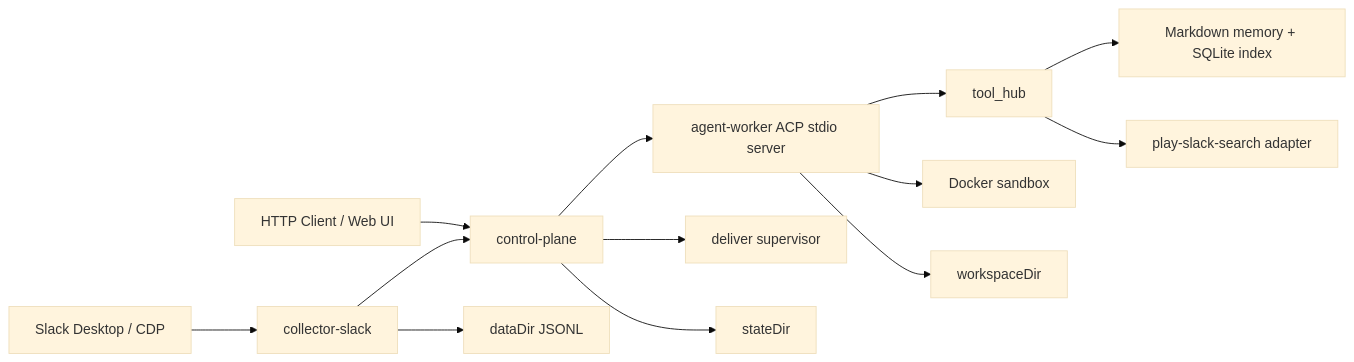
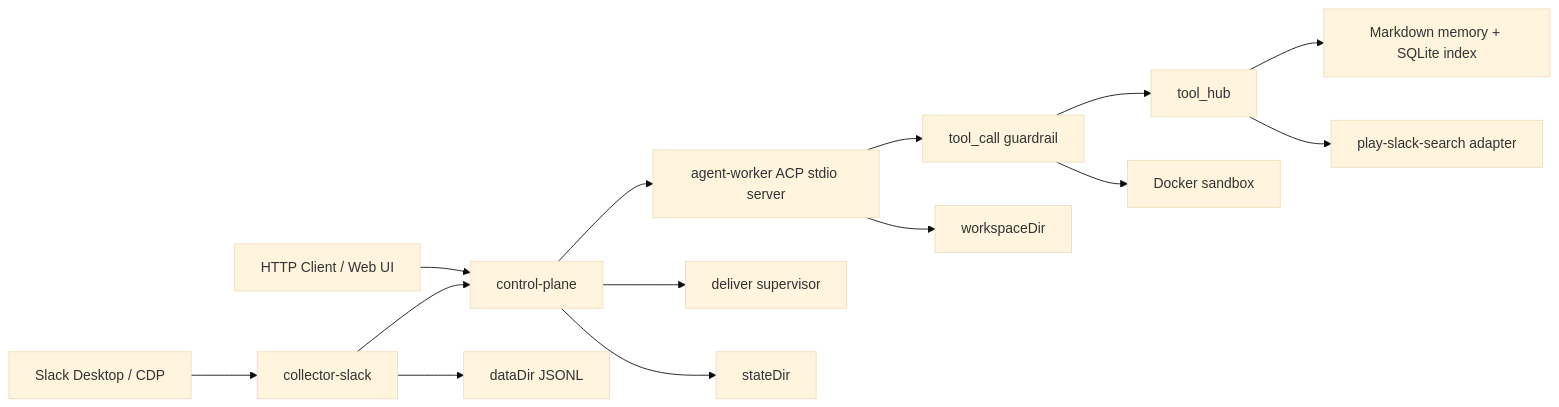
Before and after one commit to masahide/adjutant: the diagram in doc/spec/system-overview.md, drawn with Mermaid (base theme). The commit also changed other lines of this file and 7 other files, not shown here.

````diff
--- a/doc/spec/system-overview.md
+++ b/doc/spec/system-overview.md
@@ -7,15 +7,16 @@
 ```mermaid
 flowchart LR
   Slack[Slack Desktop / CDP] --> Collector[collector-slack]
   Collector --> ControlPlane[control-plane]
   External[HTTP Client / Web UI] --> ControlPlane
   ControlPlane --> Worker[agent-worker ACP stdio server]
   ControlPlane --> Deliver[deliver supervisor]
-  Worker --> ToolHub[tool_hub]
-  Worker --> Sandbox[Docker sandbox]
+  Worker --> Guardrail[tool_call guardrail]
+  Guardrail --> ToolHub[tool_hub]
+  Guardrail --> Sandbox[Docker sandbox]
   ToolHub --> Memory[Markdown memory + SQLite index]
   ToolHub --> SlackSearch[play-slack-search adapter]
   ControlPlane --> State[stateDir]
   Collector --> Data[dataDir JSONL]
   Worker --> Workspace[workspaceDir]
 ```
````
